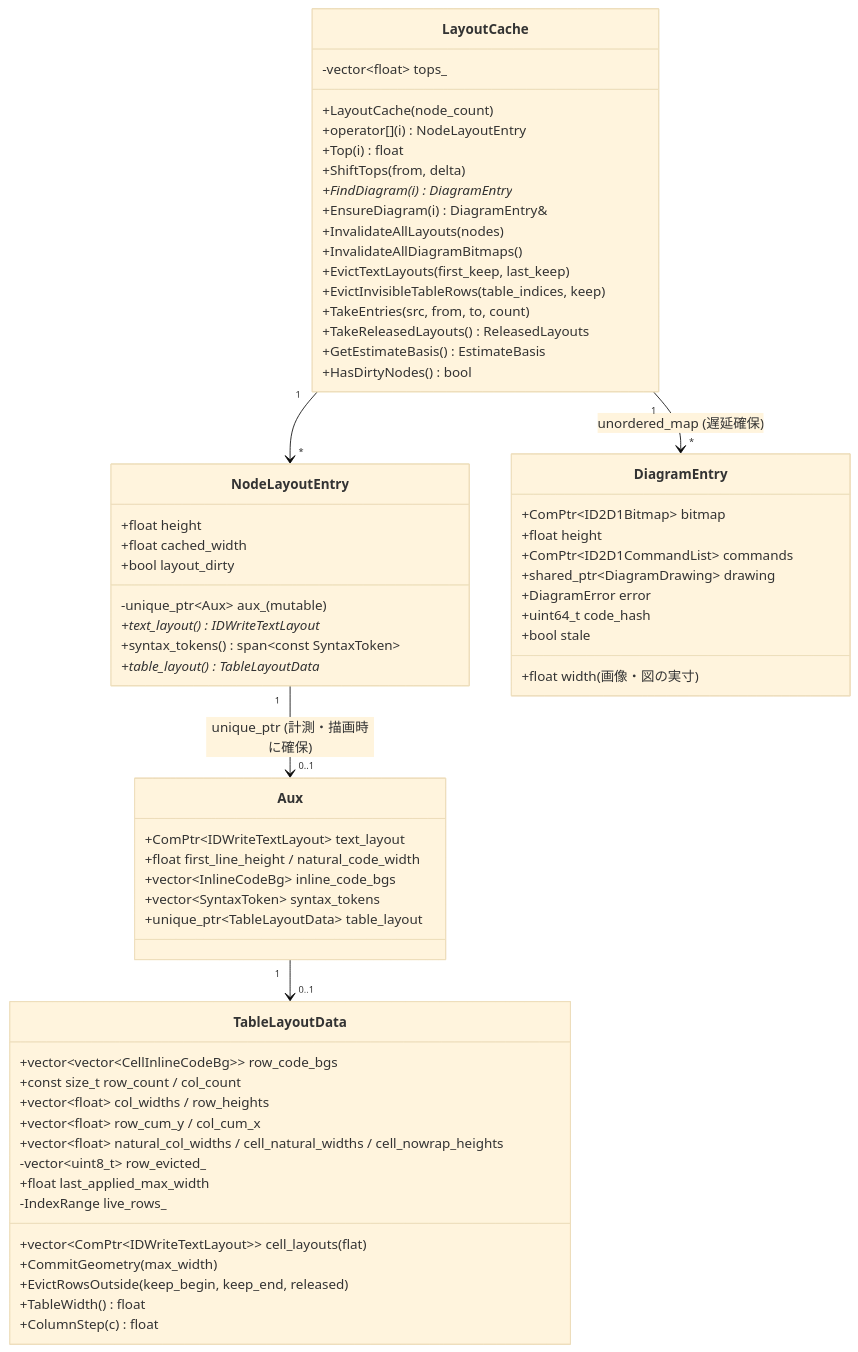
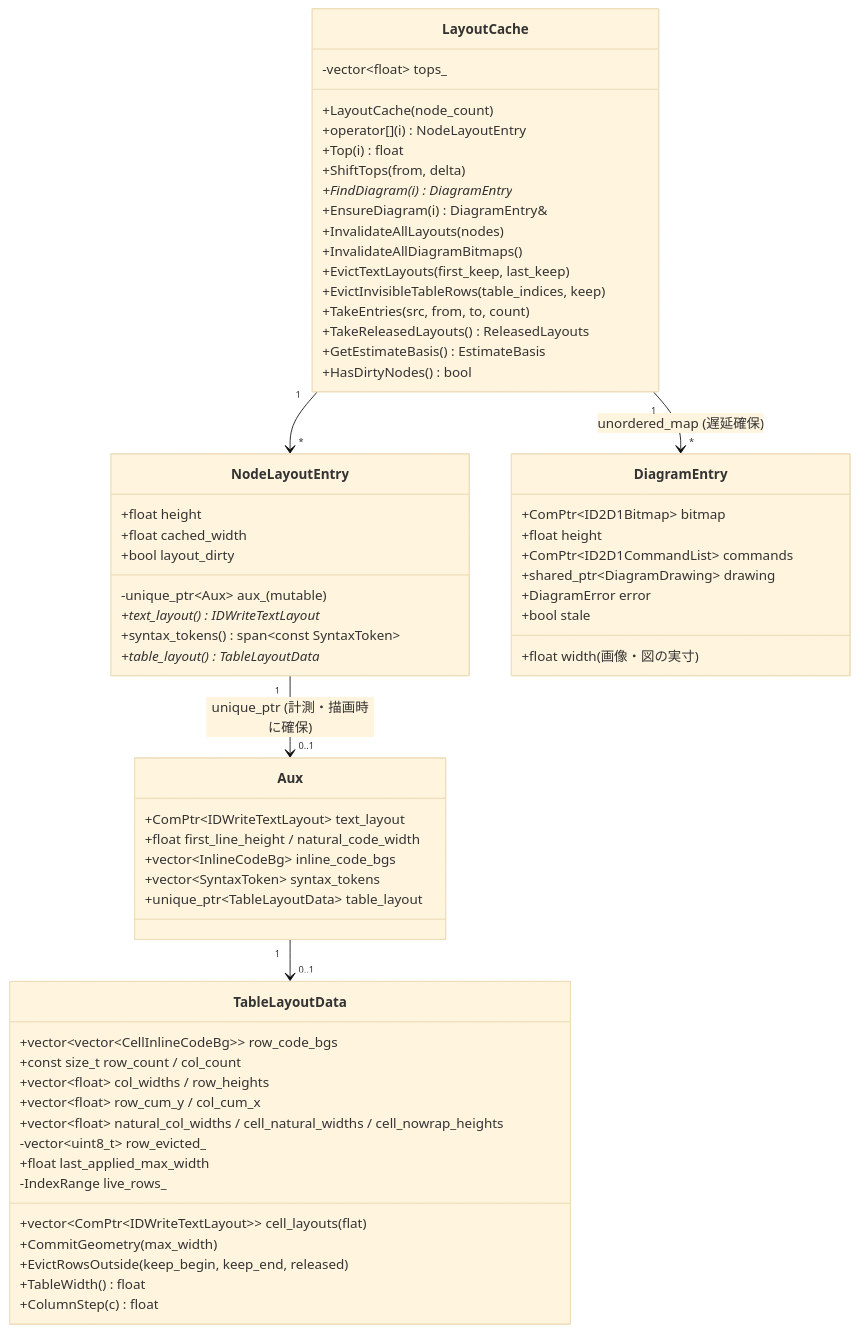
Before and after one commit to tanaton/mendo: diagram 16 of 27 in example/test.md, drawn with Mermaid (base theme). The commit also changed other lines of this file and 33 other files, not shown here.

````diff
--- a/example/test.md
+++ b/example/test.md
@@ -2866,70 +2866,69 @@
 ```mermaid
 classDiagram
     class LayoutCache {
         +LayoutCache(node_count)
         +operator[](i) NodeLayoutEntry
         +Top(i) float
         +ShiftTops(from, delta)
         +FindDiagram(i) DiagramEntry*
         +EnsureDiagram(i) DiagramEntry&
         +InvalidateAllLayouts(nodes)
         +InvalidateAllDiagramBitmaps()
         +EvictTextLayouts(first_keep, last_keep)
         +EvictInvisibleTableRows(table_indices, keep)
         +TakeEntries(src, from, to, count)
         +TakeReleasedLayouts() ReleasedLayouts
         +GetEstimateBasis() EstimateBasis
         +HasDirtyNodes() bool
         -vector~float~ tops_
     }
 
     class NodeLayoutEntry {
         +float height
         +float cached_width
         +bool layout_dirty
         -unique_ptr~Aux~ aux_ (mutable)
         +text_layout() IDWriteTextLayout*
         +syntax_tokens() span~const SyntaxToken~
         +table_layout() TableLayoutData*
     }
 
     class Aux {
         +ComPtr~IDWriteTextLayout~ text_layout
         +float first_line_height / natural_code_width
         +vector~InlineCodeBg~ inline_code_bgs
         +vector~SyntaxToken~ syntax_tokens
         +unique_ptr~TableLayoutData~ table_layout
     }
 
     class TableLayoutData {
         +vector~ComPtr~IDWriteTextLayout~~ cell_layouts (flat)
         +vector~vector~CellInlineCodeBg~~ row_code_bgs
         +const size_t row_count / col_count
         +vector~float~ col_widths / row_heights
         +vector~float~ row_cum_y / col_cum_x
         +vector~float~ natural_col_widths / cell_natural_widths / cell_nowrap_heights
         -vector~uint8_t~ row_evicted_
         +float last_applied_max_width
         -IndexRange live_rows_
         +CommitGeometry(max_width)
         +EvictRowsOutside(keep_begin, keep_end, released)
         +TableWidth() float
         +ColumnStep(c) float
     }
 
     class DiagramEntry {
         +ComPtr~ID2D1Bitmap~ bitmap
         +float width (画像・図の実寸)
         +float height
         +ComPtr~ID2D1CommandList~ commands
         +shared_ptr~DiagramDrawing~ drawing
         +DiagramError error
-        +uint64_t code_hash
         +bool stale
     }
 
     LayoutCache "1" --> "*" NodeLayoutEntry
     LayoutCache "1" --> "*" DiagramEntry : unordered_map (遅延確保)
     NodeLayoutEntry "1" --> "0..1" Aux : unique_ptr (計測・描画時に確保)
     Aux "1" --> "0..1" TableLayoutData
 ```
````
